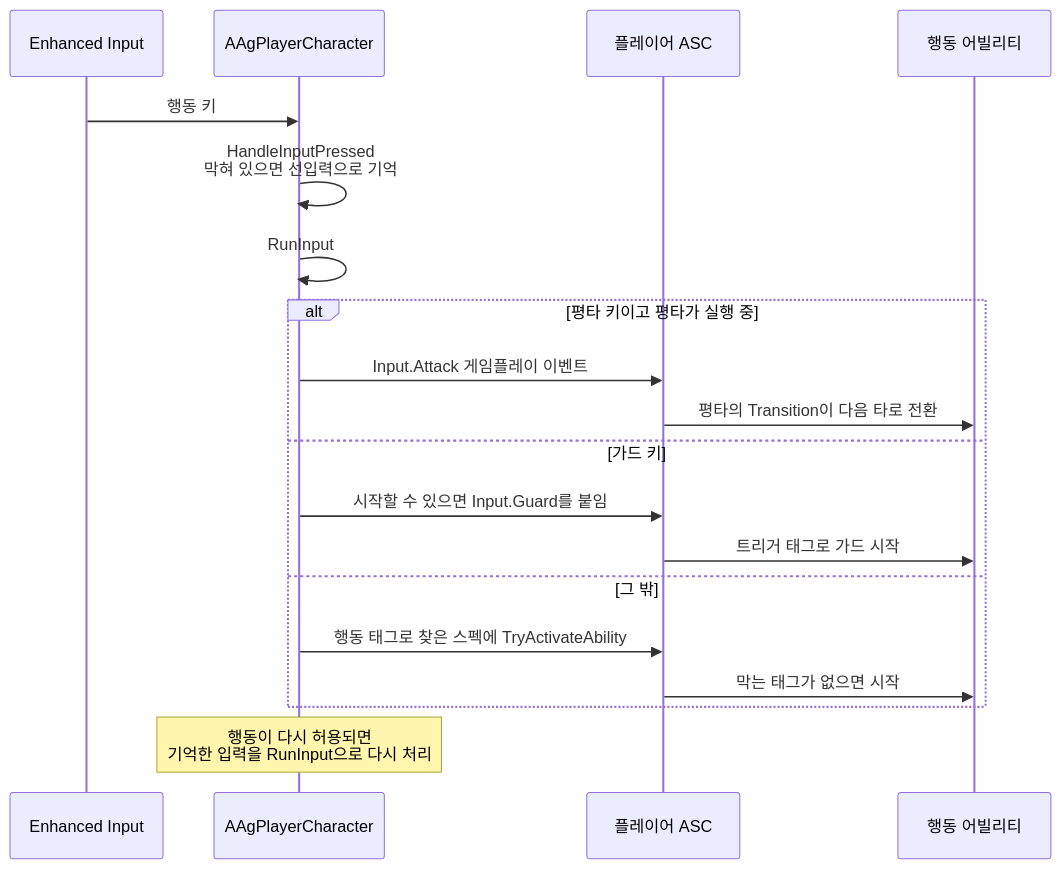
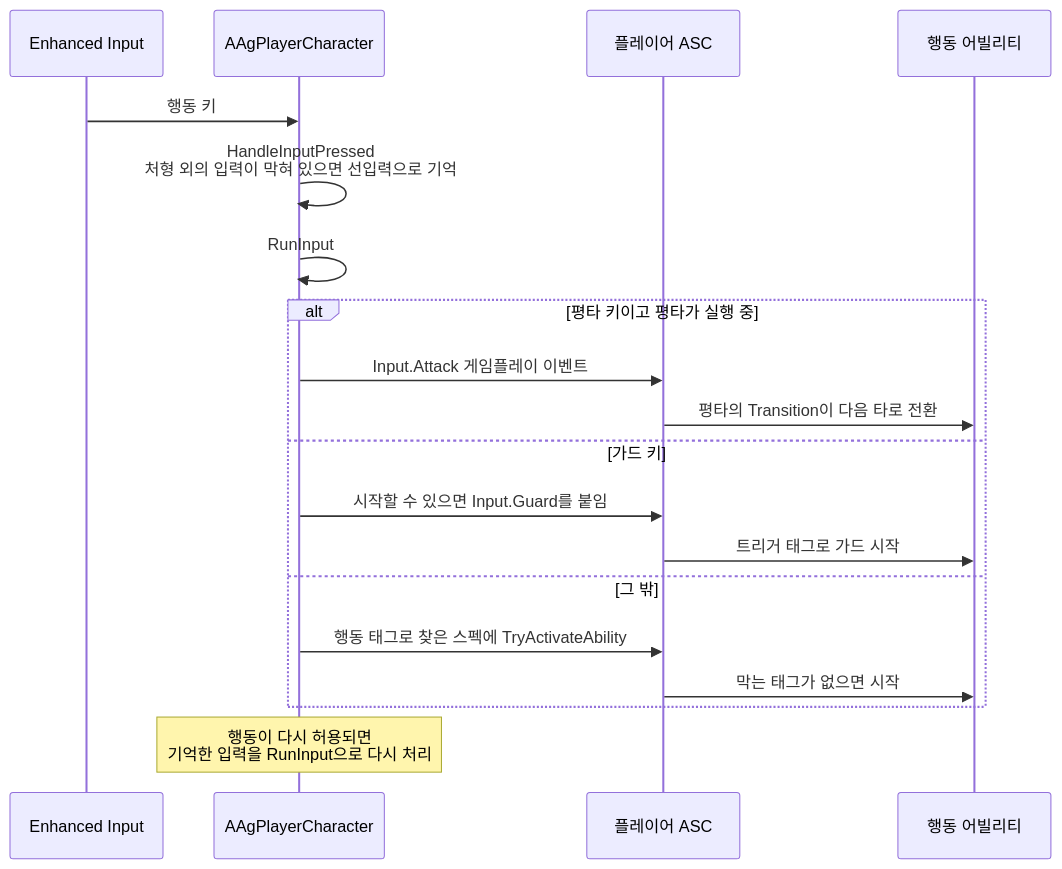
The diagram in Docs/Program/입력 처리.md (Woogl/Ag), drawn with Mermaid before and after one commit. The commit also changed other lines of this file and 20 other files, not shown here.

````diff
--- a/Docs/Program/입력 처리.md
+++ b/Docs/Program/입력 처리.md
@@ -22,21 +22,21 @@
 ```mermaid
 sequenceDiagram
     participant In as Enhanced Input
     participant P as AAgPlayerCharacter
     participant ASC as 플레이어 ASC
     participant GA as 행동 어빌리티
     In->>P: 행동 키
-    P->>P: HandleInputPressed<br>막혀 있으면 선입력으로 기억
+    P->>P: HandleInputPressed<br>처형 외의 입력이 막혀 있으면 선입력으로 기억
     P->>P: RunInput
     alt 평타 키이고 평타가 실행 중
         P->>ASC: Input.Attack 게임플레이 이벤트
         ASC->>GA: 평타의 Transition이 다음 타로 전환
     else 가드 키
         P->>ASC: 시작할 수 있으면 Input.Guard를 붙임
         ASC->>GA: 트리거 태그로 가드 시작
     else 그 밖
         P->>ASC: 행동 태그로 찾은 스펙에 TryActivateAbility
         ASC->>GA: 막는 태그가 없으면 시작
     end
     Note over P: 행동이 다시 허용되면<br>기억한 입력을 RunInput으로 다시 처리
 ```
````
